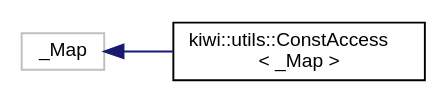
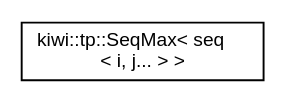
Before and after one commit to bab2min/Kiwi: the diagram in inherit_graph_53.dot, drawn with Graphviz. The commit also changed 251 other files, not shown here.

```diff
--- a/inherit_graph_53.dot
+++ b/inherit_graph_53.dot
@@ -1,10 +1,8 @@
 digraph "Graphical Class Hierarchy"
 {
  // LATEX_PDF_SIZE
   edge [fontname="Helvetica",fontsize="10",labelfontname="Helvetica",labelfontsize="10"];
   node [fontname="Helvetica",fontsize="10",shape=record];
   rankdir="LR";
-  Node93 [label="_Map",height=0.2,width=0.4,color="grey75", fillcolor="white", style="filled",tooltip=" "];
-  Node93 -> Node0 [dir="back",color="midnightblue",fontsize="10",style="solid",fontname="Helvetica"];
-  Node0 [label="kiwi::utils::ConstAccess\l\< _Map \>",height=0.2,width=0.4,color="black", fillcolor="white", style="filled",URL="$classkiwi_1_1utils_1_1ConstAccess.html",tooltip=" "];
+  Node0 [label="kiwi::tp::SeqMax\< seq\l\< i, j... \> \>",height=0.2,width=0.4,color="black", fillcolor="white", style="filled",URL="$structkiwi_1_1tp_1_1SeqMax_3_01seq_3_01i_00_01j_8_8_8_01_4_01_4.html",tooltip=" "];
 }
```
